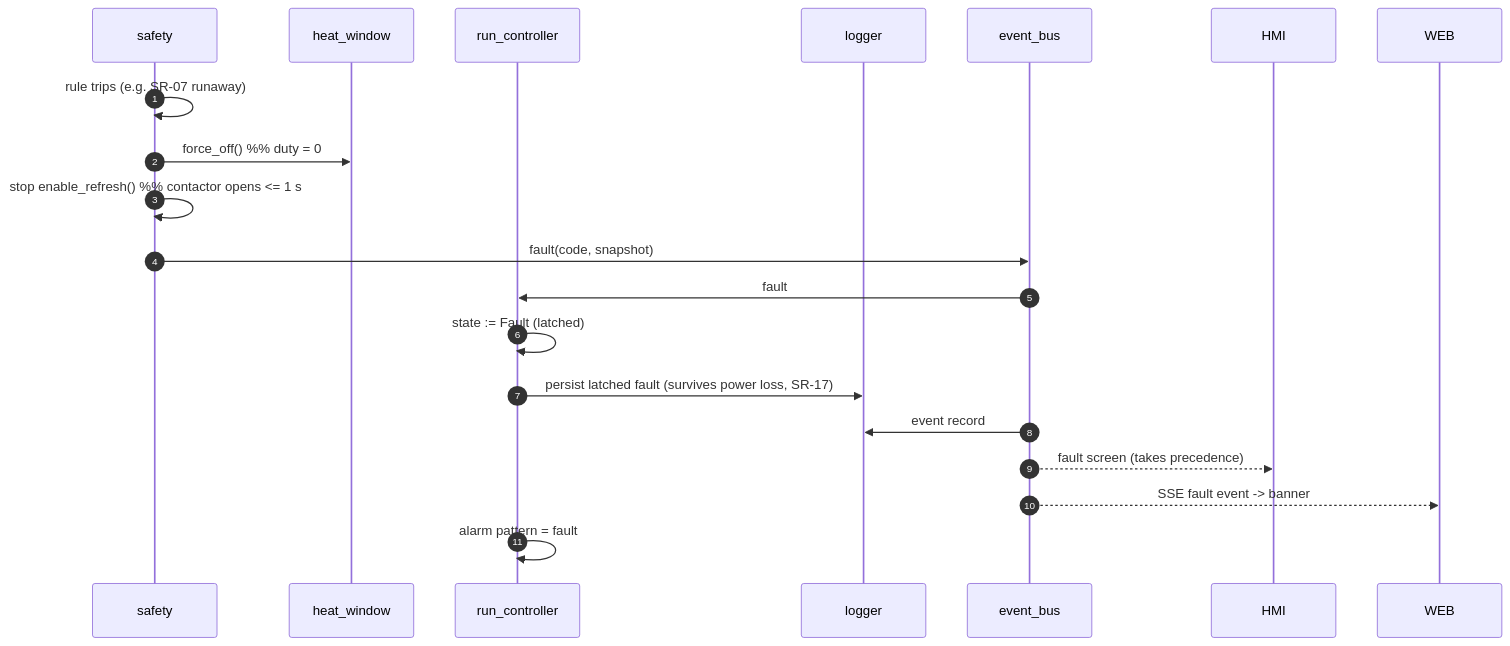
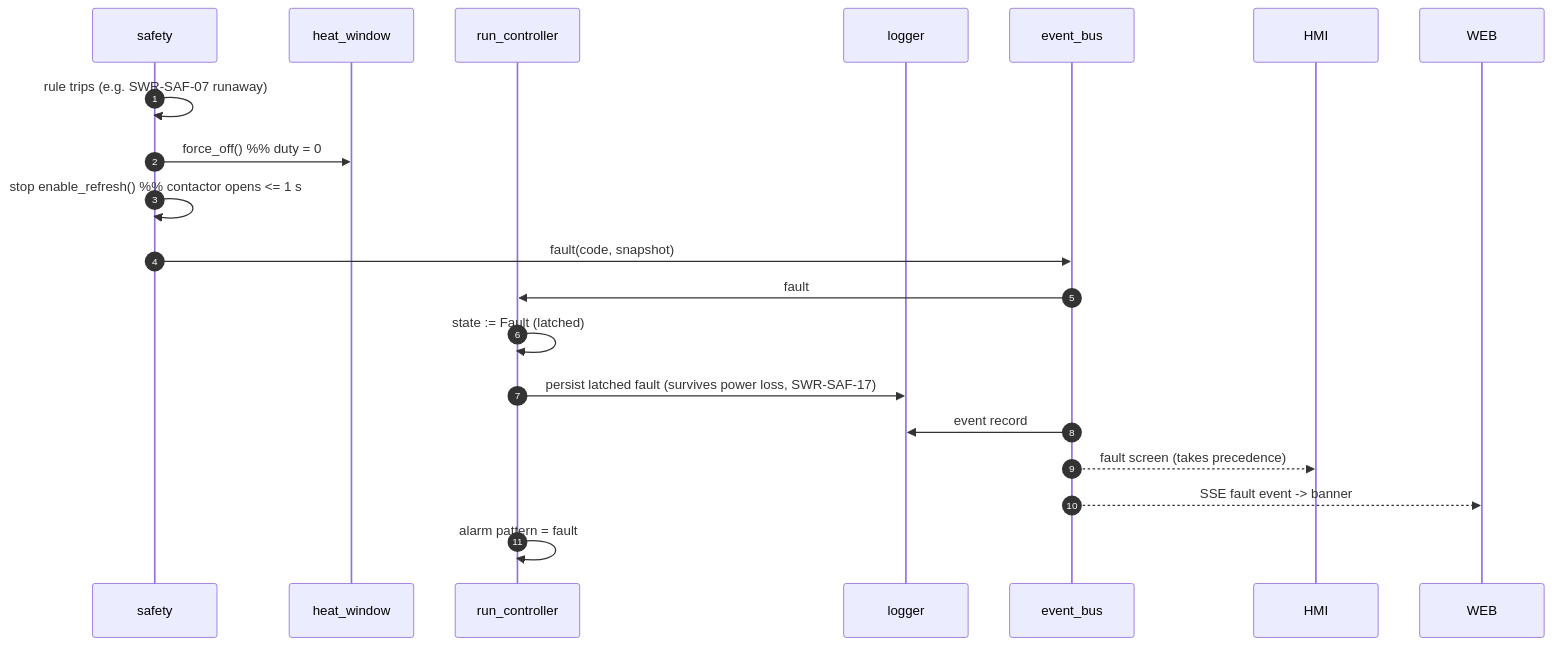
The third of 7 diagrams in docs/architecture.md (bitcrushtesting/SafeKilnController), drawn with Mermaid before and after one commit. The commit also changed other lines of this file and 166 other files, not shown here.

````diff
--- a/docs/architecture.md
+++ b/docs/architecture.md
@@ -247,21 +247,21 @@
 ```mermaid
 sequenceDiagram
     autonumber
     participant SF as safety
     participant HW as heat_window
     participant RC as run_controller
     participant LG as logger
     participant BUS as event_bus
 
-    SF->>SF: rule trips (e.g. SR-07 runaway)
+    SF->>SF: rule trips (e.g. SWR-SAF-07 runaway)
     SF->>HW: force_off()  %% duty = 0
     SF->>SF: stop enable_refresh()  %% contactor opens <= 1 s
     SF->>BUS: fault(code, snapshot)
     BUS->>RC: fault
     RC->>RC: state := Fault (latched)
-    RC->>LG: persist latched fault (survives power loss, SR-17)
+    RC->>LG: persist latched fault (survives power loss, SWR-SAF-17)
     BUS->>LG: event record
     BUS-->>HMI: fault screen (takes precedence)
     BUS-->>WEB: SSE fault event -> banner
     RC->>RC: alarm pattern = fault
 ```
````
